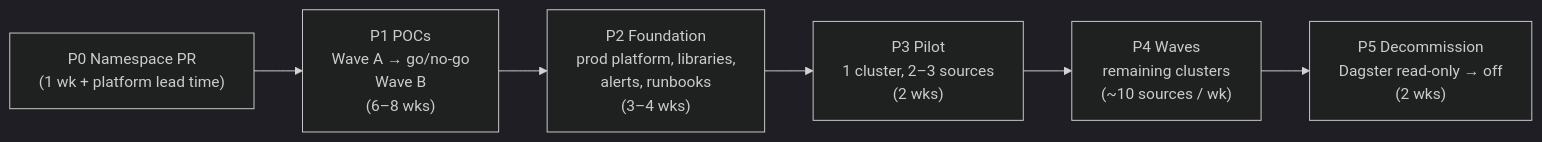
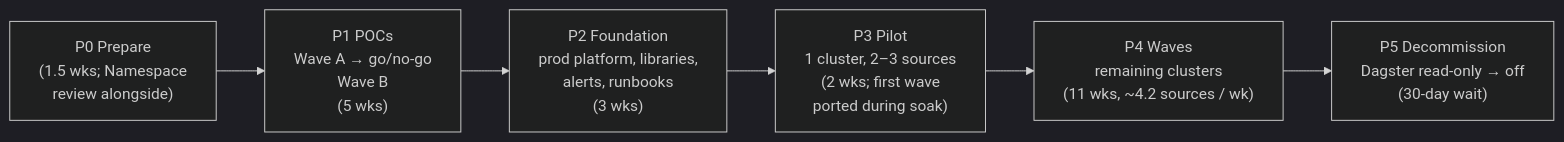
The eighth of 13 diagrams in docs/2-migration-plan.md (infroid/temporal-vs-dagster), drawn with Mermaid (dark theme) before and after one commit. The commit also changed other lines of this file and 3 other files, not shown here.

First line of the commit message:
Add effort and timeline estimates (aggressive, LLM-assisted, one person) and POC phase at a glance (#4)

````diff
--- a/docs/2-migration-plan.md
+++ b/docs/2-migration-plan.md
@@ -646,8 +720,8 @@
 ```mermaid
 flowchart LR
-  P0["P0 Namespace PR<br/>(1 wk + platform lead time)"] --> P1["P1 POCs<br/>Wave A → go/no-go<br/>Wave B<br/>(6–8 wks)"]
-  P1 --> P2["P2 Foundation<br/>prod platform, libraries,<br/>alerts, runbooks<br/>(3–4 wks)"]
-  P2 --> P3["P3 Pilot<br/>1 cluster, 2–3 sources<br/>(2 wks)"]
-  P3 --> P4["P4 Waves<br/>remaining clusters<br/>(~10 sources / wk)"]
-  P4 --> P5["P5 Decommission<br/>Dagster read-only → off<br/>(2 wks)"]
+  P0["P0 Prepare<br/>(1.5 wks; Namespace<br/>review alongside)"] --> P1["P1 POCs<br/>Wave A → go/no-go<br/>Wave B<br/>(5 wks)"]
+  P1 --> P2["P2 Foundation<br/>prod platform, libraries,<br/>alerts, runbooks<br/>(3 wks)"]
+  P2 --> P3["P3 Pilot<br/>1 cluster, 2–3 sources<br/>(2 wks; first wave<br/>ported during soak)"]
+  P3 --> P4["P4 Waves<br/>remaining clusters<br/>(11 wks, ~4.2 sources / wk)"]
+  P4 --> P5["P5 Decommission<br/>Dagster read-only → off<br/>(30-day wait)"]
 ```
````
